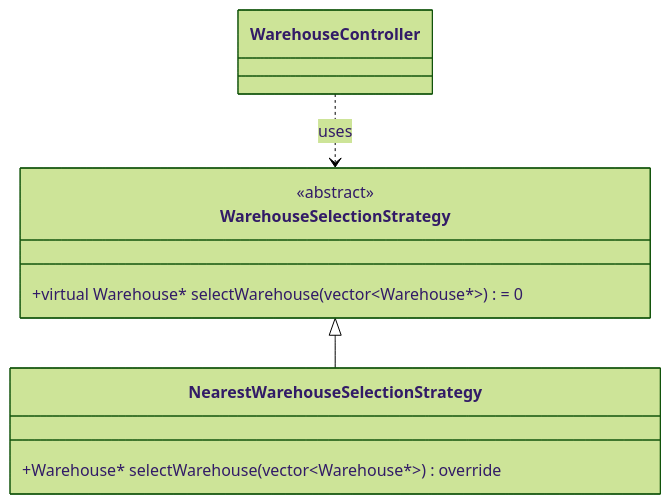
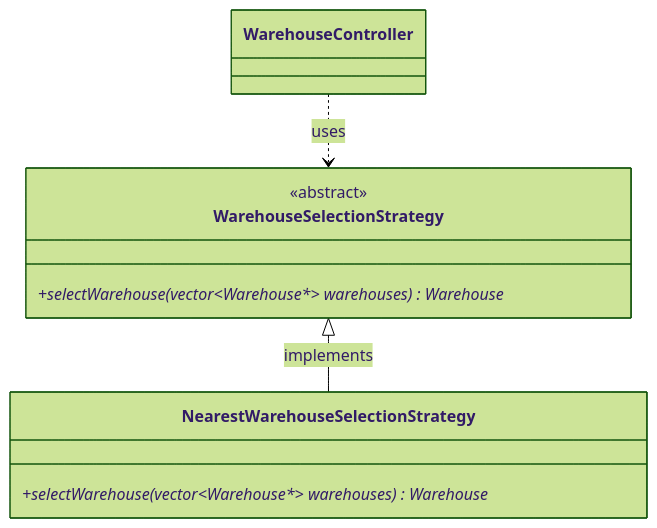
Before and after one commit to AjinkyaMuley/LLD: the fifth of 11 diagrams in Low Level Design/CommonQuestions/InventoryManagement(Zepto)/Readme.md, drawn with Mermaid (forest theme). The commit also changed other lines of this file, not shown here.

````diff
--- a/Low Level Design/CommonQuestions/InventoryManagement(Zepto)/Readme.md
+++ b/Low Level Design/CommonQuestions/InventoryManagement(Zepto)/Readme.md
@@ -264,14 +265,14 @@
 ```mermaid
 classDiagram
     class WarehouseSelectionStrategy {
         <<abstract>>
-        +virtual Warehouse* selectWarehouse(vector~Warehouse*~) = 0
+        +selectWarehouse(vector~Warehouse*~ warehouses) Warehouse*
     }
     
     class NearestWarehouseSelectionStrategy {
-        +Warehouse* selectWarehouse(vector~Warehouse*~) override
+        +selectWarehouse(vector~Warehouse*~ warehouses) Warehouse*
     }
     
-    WarehouseSelectionStrategy <|-- NearestWarehouseSelectionStrategy
+    WarehouseSelectionStrategy <|-- NearestWarehouseSelectionStrategy : implements
     WarehouseController ..> WarehouseSelectionStrategy : uses
 ```
````
